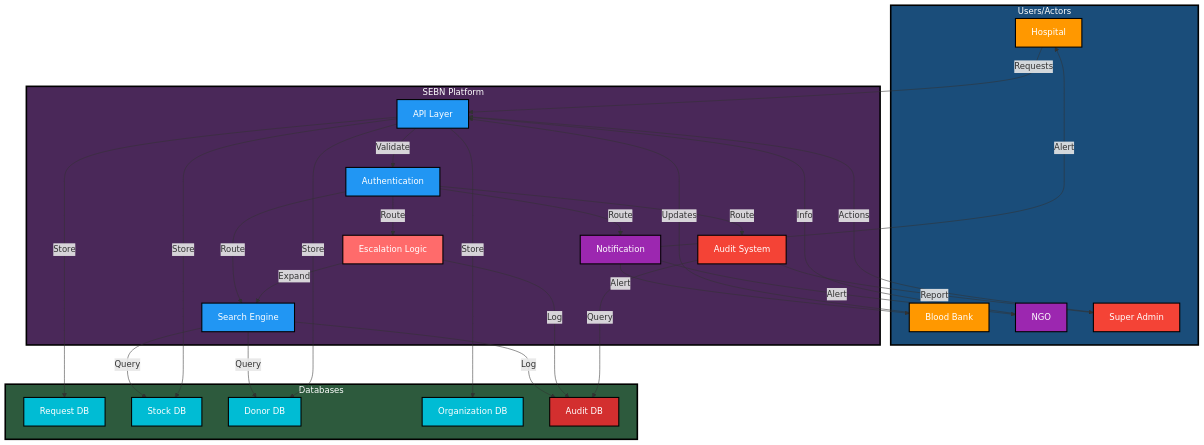
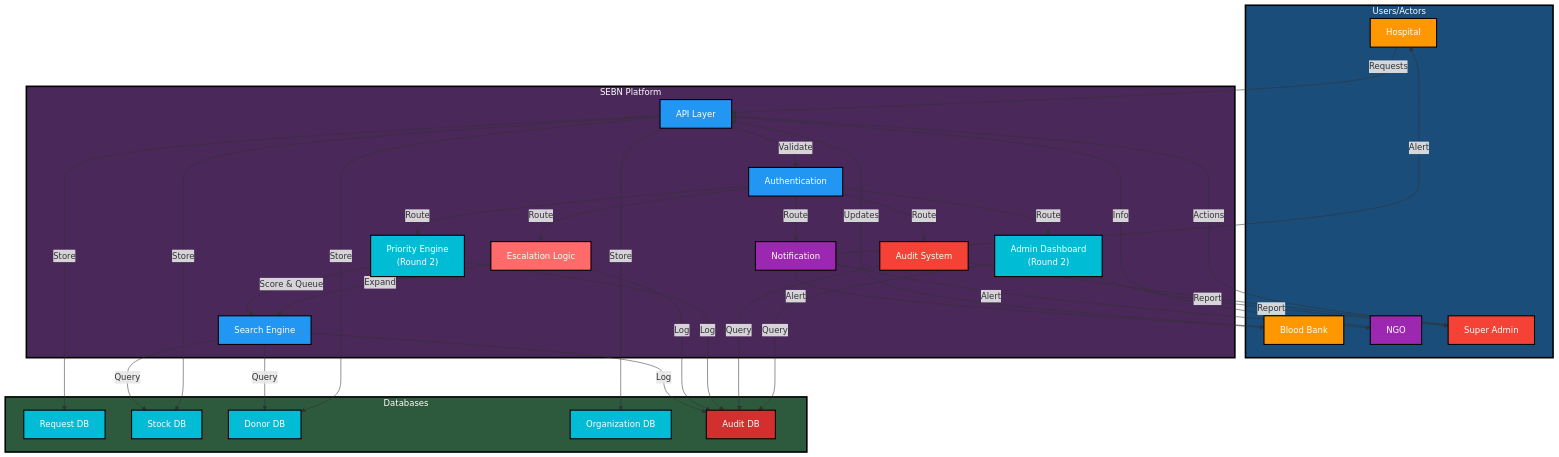
One commit to VasaraSujal/Hack_The_Winter changed the eighth of 9 diagrams in Main Documentation/SYSTEM_FLOW.md. Above: the diagram before and after it, drawn with Mermaid. The commit also changed other lines of this file and 2 other files, not shown here.

```diff
--- a/Main Documentation/SYSTEM_FLOW.md
+++ b/Main Documentation/SYSTEM_FLOW.md
@@ -320,10 +337,12 @@
     subgraph Platform["SEBN Platform"]
         API["API Layer"]
         Auth["Authentication"]
+        Priority["Priority Engine<br/>(Round 2)"]
         Search["Search Engine"]
         Escalation["Escalation Logic"]
         Notification["Notification"]
         Audit["Audit System"]
+        Dashboard["Admin Dashboard<br/>(Round 2)"]
     end
     
     subgraph Database["Databases"]
@@ -340,14 +359,15 @@
     SA -->|Actions| API
     
     API -->|Validate| Auth
-    Auth -->|Route| Search
+    Auth -->|Route| Priority
+    Priority -->|Score & Queue| Search
     Auth -->|Route| Escalation
     Auth -->|Route| Notification
     Auth -->|Route| Audit
+    Auth -->|Route| Dashboard
     
     Search -->|Query| StockDB
     Search -->|Query| DonorDB
-    
     Escalation -->|Expand| Search
     
     API -->|Store| ReqDB
@@ -357,12 +377,15 @@
     
     Search -->|Log| AuditDB
     Escalation -->|Log| AuditDB
+    Priority -->|Log| AuditDB
     Audit -->|Query| AuditDB
+    Dashboard -->|Query| AuditDB
     
     Notification -->|Alert| H
     Notification -->|Alert| BB
     Notification -->|Alert| NGO
     
+    Dashboard -->|Report| SA
     Audit -->|Report| SA
     
     style Users fill:#1a4d7a,stroke:#000,stroke-width:3px,color:#fff
@@ -374,9 +397,11 @@
     style SA fill:#f44336,stroke:#000,stroke-width:2px,color:#fff
     style API fill:#2196f3,stroke:#000,stroke-width:2px,color:#fff
     style Auth fill:#2196f3,stroke:#000,stroke-width:2px,color:#fff
+    style Priority fill:#00bcd4,stroke:#000,stroke-width:2px,color:#fff
     style Search fill:#2196f3,stroke:#000,stroke-width:2px,color:#fff
     style Escalation fill:#ff6b6b,stroke:#000,stroke-width:2px,color:#fff
     style Notification fill:#9c27b0,stroke:#000,stroke-width:2px,color:#fff
+    style Dashboard fill:#00bcd4,stroke:#000,stroke-width:2px,color:#fff
     style Audit fill:#f44336,stroke:#000,stroke-width:2px,color:#fff
     style ReqDB fill:#00bcd4,stroke:#000,stroke-width:2px,color:#fff
     style StockDB fill:#00bcd4,stroke:#000,stroke-width:2px,color:#fff
```
